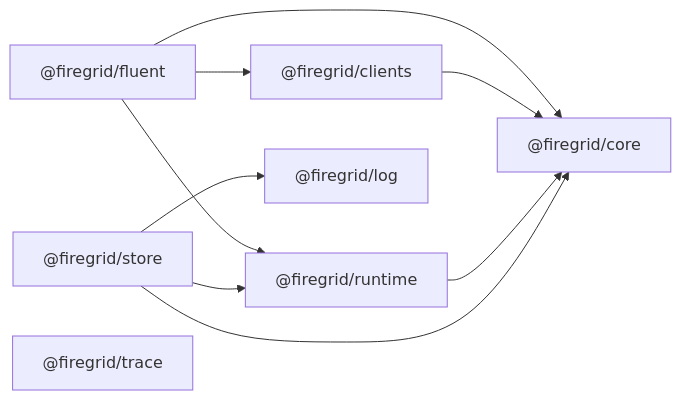
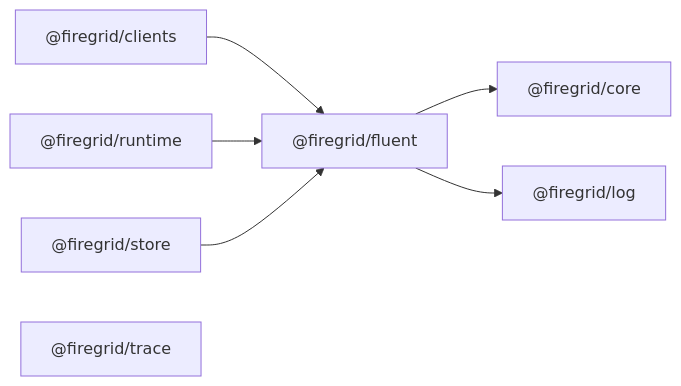
One commit to gurdasnijor/fluent-firegrid changed the second of 3 diagrams in docs/dependency-cruiser/current-package-structure.md. Above: the diagram before and after it, drawn with Mermaid. The commit also changed other lines of this file and 70 other files, not shown here.

Commit message:
consolidate runtime packages into fluent

````diff
--- a/docs/dependency-cruiser/current-package-structure.md
+++ b/docs/dependency-cruiser/current-package-structure.md
@@ -188,20 +188,17 @@
 ```mermaid
 flowchart LR
 
   fluent["@firegrid/fluent"]
   clients["@firegrid/clients"]
   runtime["@firegrid/runtime"]
   core["@firegrid/core"]
   store["@firegrid/store"]
   log["@firegrid/log"]
   trace["@firegrid/trace"]
 
-  fluent --> runtime
-  fluent --> clients
   fluent --> core
-  clients --> core
-  runtime --> core
-  store --> core
-  store --> log
-  store --> runtime
+  fluent --> log
+  clients --> fluent
+  runtime --> fluent
+  store --> fluent
 ```
````
